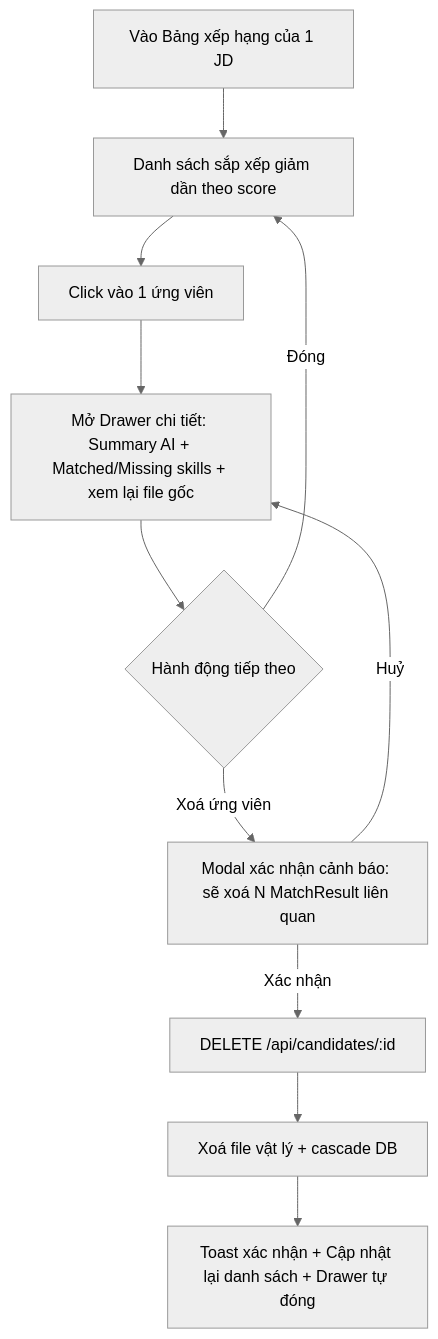
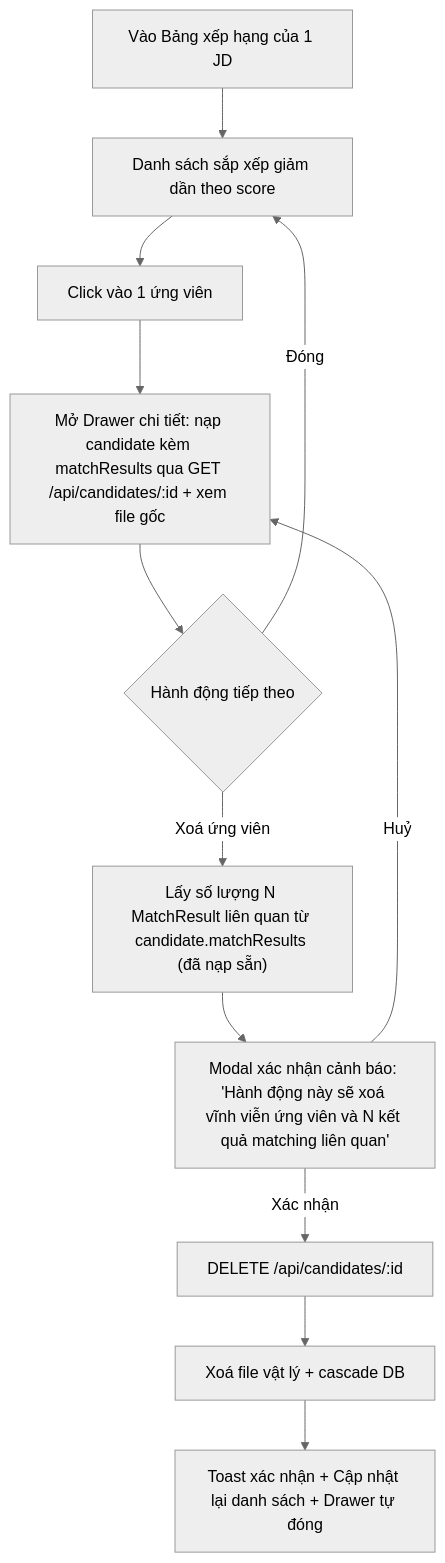
Before and after one commit to nadz1112/MikiriCV: the seventh of 7 diagrams in docs/Chuong4/UserFlow.md, drawn with Mermaid (neutral theme). The commit also changed other lines of this file and 1 other file, not shown here.

Commit message:
docs: resolve Sourcery review comments (upload retry, matching async lifecycle, schema fallback, and doc sync)

````diff
--- a/docs/Chuong4/UserFlow.md
+++ b/docs/Chuong4/UserFlow.md
@@ -181,13 +208,14 @@
 ```mermaid
 flowchart TD
     A[Vào Bảng xếp hạng của 1 JD] --> B[Danh sách sắp xếp giảm dần theo score]
     B --> C[Click vào 1 ứng viên]
-    C --> D[Mở Drawer chi tiết: Summary AI + Matched/Missing skills + xem lại file gốc]
+    C --> D[Mở Drawer chi tiết: nạp candidate kèm matchResults qua GET /api/candidates/:id + xem file gốc]
     D --> E{Hành động tiếp theo}
     E -- Đóng --> B
-    E -- Xoá ứng viên --> F[Modal xác nhận cảnh báo: sẽ xoá N MatchResult liên quan]
+    E -- Xoá ứng viên --> E2["Lấy số lượng N MatchResult liên quan từ candidate.matchResults (đã nạp sẵn)"]
+    E2 --> F[Modal xác nhận cảnh báo: 'Hành động này sẽ xoá vĩnh viễn ứng viên và N kết quả matching liên quan']
     F -- Huỷ --> D
     F -- Xác nhận --> G[DELETE /api/candidates/:id]
     G --> H[Xoá file vật lý + cascade DB]
     H --> I[Toast xác nhận + Cập nhật lại danh sách + Drawer tự đóng]
 ```
````
